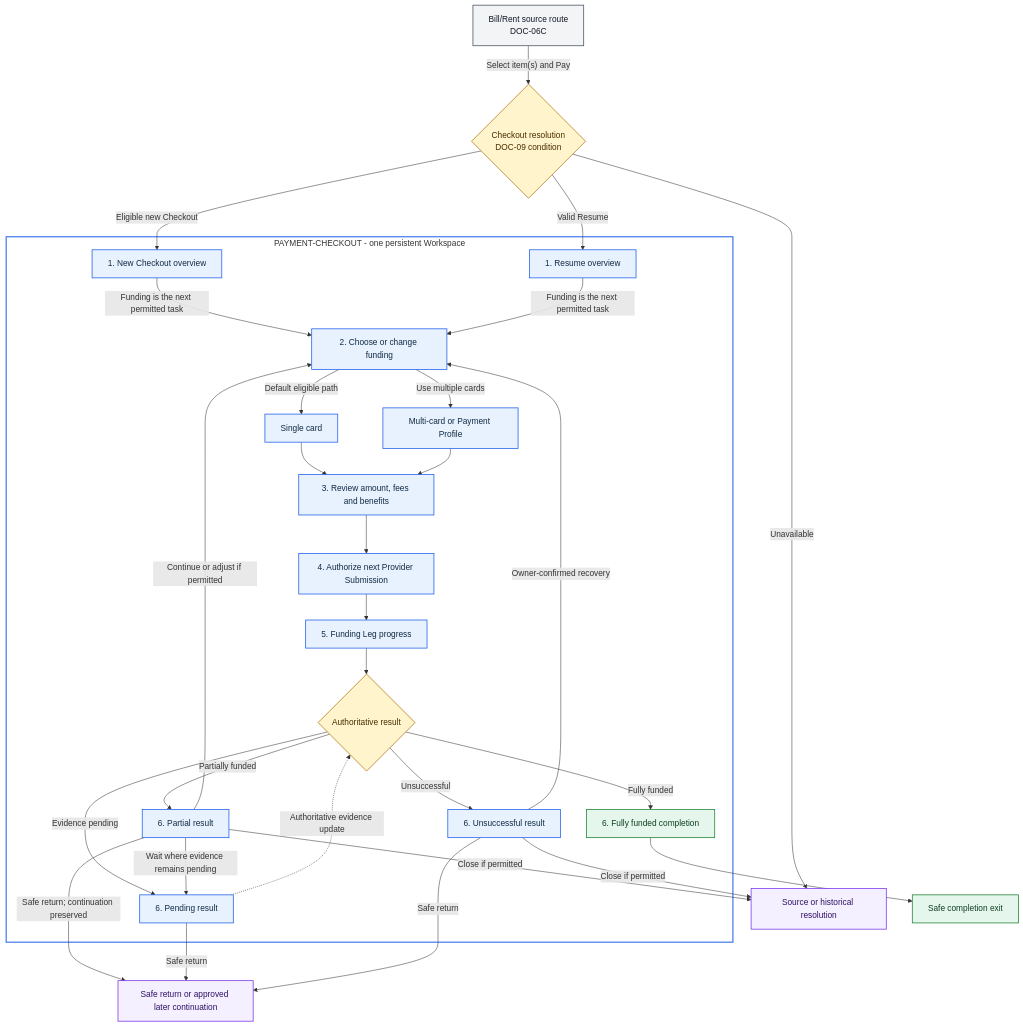
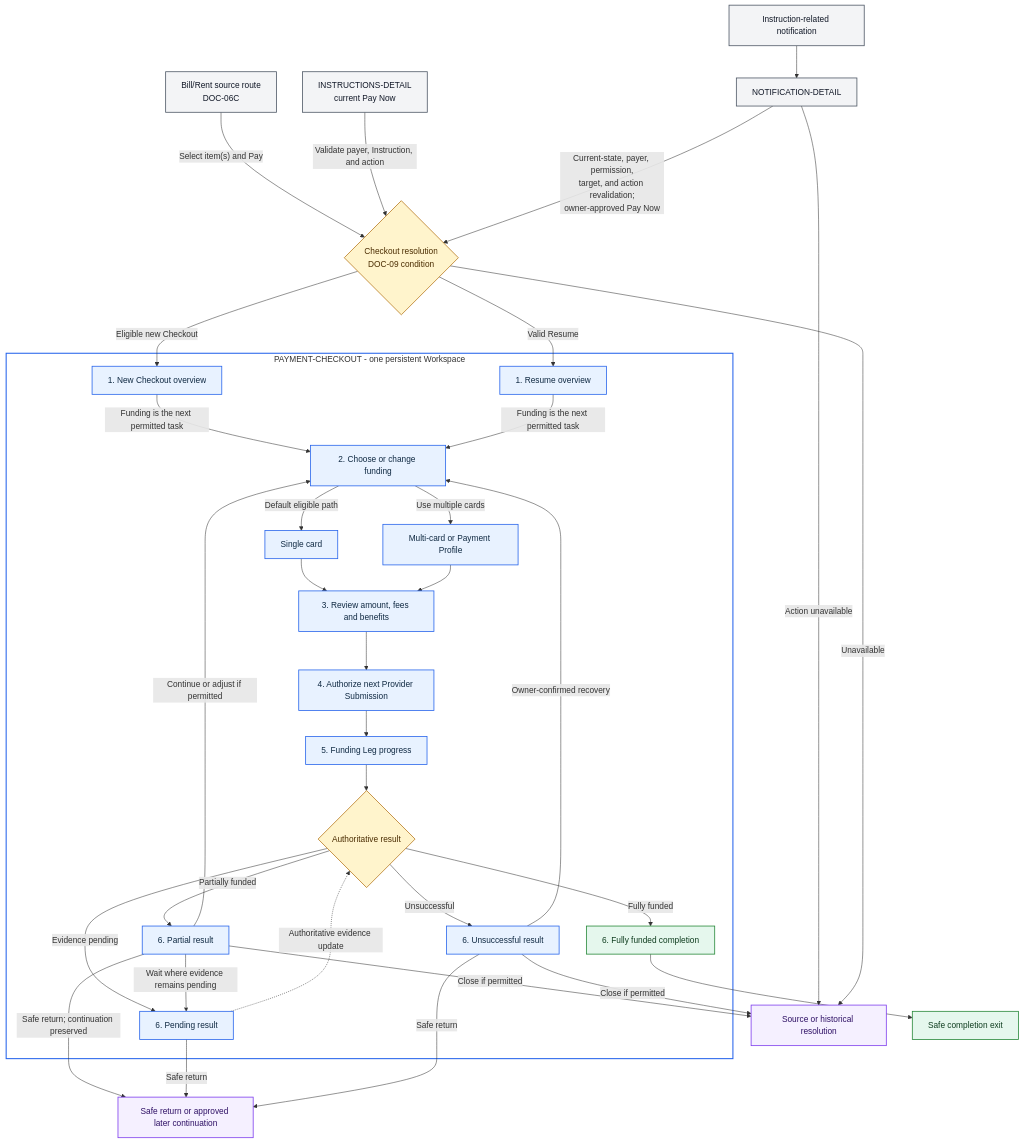
The diagram in docs/diagrams/routes/payplus-payment-checkout-route-map.md (adminpayplus/payplus-docs), drawn with Mermaid before and after one commit. The commit also changed other lines of this file and 9 other files, not shown here.

````diff
--- a/docs/diagrams/routes/payplus-payment-checkout-route-map.md
+++ b/docs/diagrams/routes/payplus-payment-checkout-route-map.md
@@ -11,53 +11,57 @@
 ```mermaid
 flowchart TD
     SRC["Bill/Rent source route<br/>DOC-06C"] -->|"Select item(s) and Pay"| R{"Checkout resolution<br/>DOC-09 condition"}
+    INS["INSTRUCTIONS-DETAIL<br/>current Pay Now"] -->|"Validate payer, Instruction, and action"| R
+    NOTIF["Instruction-related notification"] --> NDETAIL["NOTIFICATION-DETAIL"]
+    NDETAIL -->|"Current-state, payer, permission,<br/>target, and action revalidation;<br/>owner-approved Pay Now"| R
+    NDETAIL -->|"Action unavailable"| H
 
     R -->|"Eligible new Checkout"| N["1. New Checkout overview"]
     R -->|"Valid Resume"| O["1. Resume overview"]
     R -->|"Unavailable"| H["Source or historical resolution"]
 
     subgraph WORKSPACE["PAYMENT-CHECKOUT - one persistent Workspace"]
         N -->|"Funding is the next permitted task"| F["2. Choose or change funding"]
         O -->|"Funding is the next permitted task"| F
 
         F -->|"Default eligible path"| SC["Single card"]
         F -->|"Use multiple cards"| MC["Multi-card or Payment Profile"]
 
         SC --> V["3. Review amount, fees and benefits"]
         MC --> V
 
         V --> A["4. Authorize next Provider Submission"]
         A --> E["5. Funding Leg progress"]
         E --> C{"Authoritative result"}
 
         C -->|"Fully funded"| D["6. Fully funded completion"]
         C -->|"Partially funded"| P["6. Partial result"]
         C -->|"Evidence pending"| W["6. Pending result"]
         C -->|"Unsuccessful"| U["6. Unsuccessful result"]
 
         P -->|"Continue or adjust if permitted"| F
         P -->|"Wait where evidence remains pending"| W
         W -. "Authoritative evidence update" .-> C
         U -->|"Owner-confirmed recovery"| F
     end
 
     D --> X["Safe completion exit"]
     P -->|"Close if permitted"| H
     P -->|"Safe return; continuation preserved"| X2["Safe return or approved later continuation"]
     W -->|"Safe return"| X2
     U -->|"Close if permitted"| H
     U -->|"Safe return"| X2
 
     classDef source fill:#f3f4f6,stroke:#4b5563,color:#111827,stroke-width:1.5px;
     classDef presentation fill:#e8f2ff,stroke:#2563eb,color:#102a43,stroke-width:1.5px;
     classDef condition fill:#fff4cc,stroke:#b7791f,color:#4a2c00,stroke-width:1.5px;
     classDef completion fill:#e5f7ed,stroke:#238636,color:#0f3d1f,stroke-width:1.5px;
     classDef resolution fill:#f5f0ff,stroke:#7c3aed,color:#2e1065,stroke-width:1.5px;
 
-    class SRC source;
+    class SRC,INS,NOTIF,NDETAIL source;
     class N,O,F,SC,MC,V,A,E,P,W,U presentation;
     class R,C condition;
     class D,X completion;
     class H,X2 resolution;
     style WORKSPACE fill:#ffffff,stroke:#2563eb,stroke-width:2px
 ```
````
